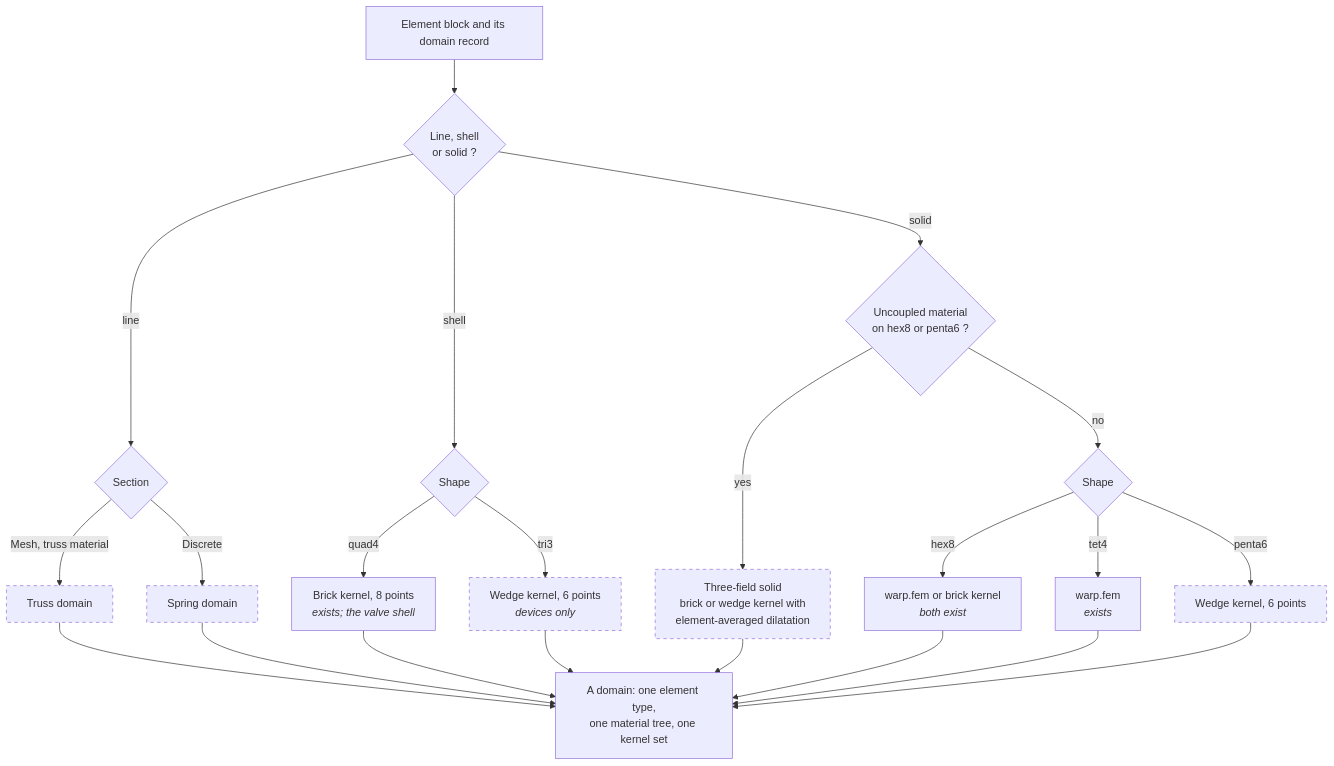
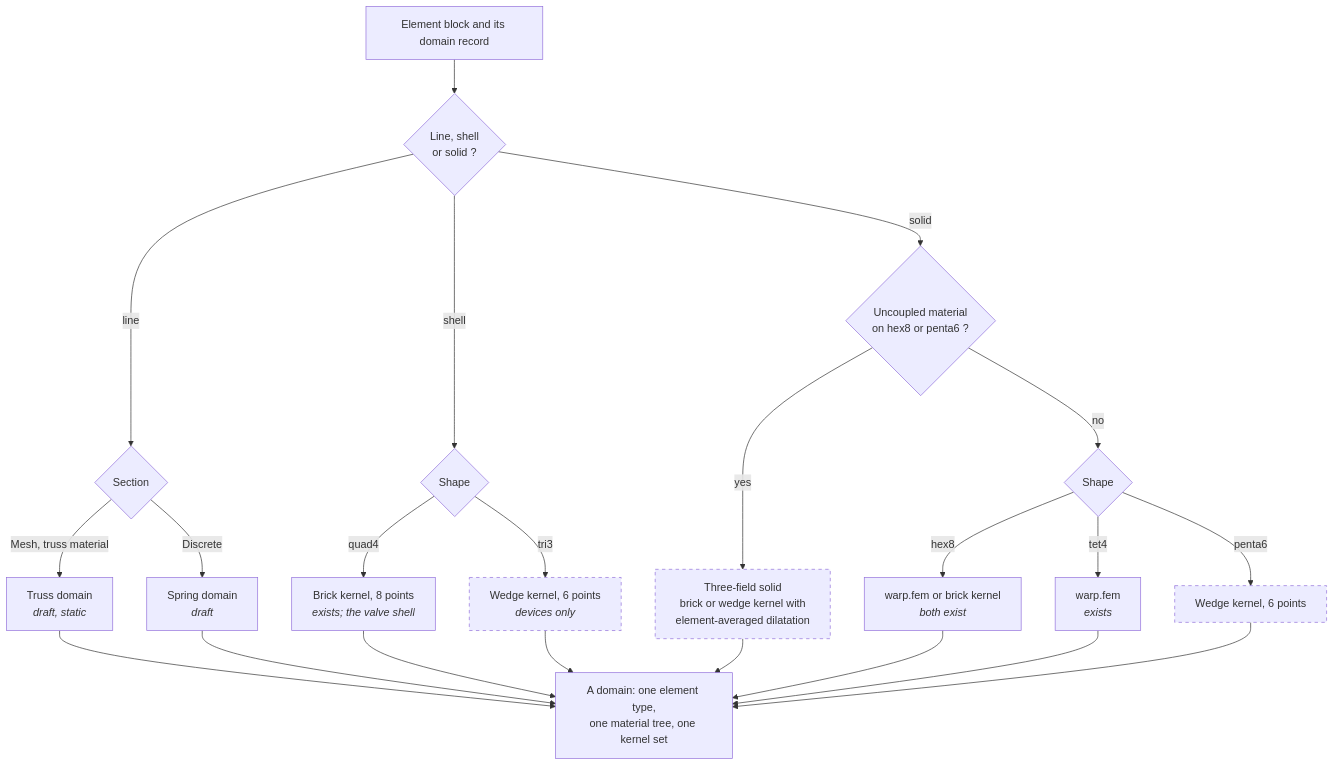
The diagram in docs/design/elements.md (JolleyLab/FEBio-Warp-Python), drawn with Mermaid before and after one commit. The commit also changed other lines of this file and 6 other files, not shown here.

````diff
--- a/docs/design/elements.md
+++ b/docs/design/elements.md
@@ -30,23 +30,23 @@
 ```mermaid
 flowchart TB
     block["Element block and its domain record"] --> kind{"Line, shell<br/>or solid ?"}
 
     kind -- line --> lk{"Section"}
-    lk -- "Mesh, truss material" --> tr["Truss domain"]:::todo
-    lk -- "Discrete" --> sp["Spring domain"]:::todo
+    lk -- "Mesh, truss material" --> tr["Truss domain<br/><i>draft, static</i>"]
+    lk -- "Discrete" --> sp["Spring domain<br/><i>draft</i>"]
 
     kind -- shell --> sshape{"Shape"}
     sshape -- quad4 --> q4["Brick kernel, 8 points<br/><i>exists; the valve shell</i>"]
     sshape -- tri3 --> t3["Wedge kernel, 6 points<br/><i>devices only</i>"]:::todo
 
     kind -- solid --> unc{"Uncoupled material<br/>on hex8 or penta6 ?"}
     unc -- yes --> tf["Three-field solid<br/>brick or wedge kernel with<br/>element-averaged dilatation"]:::todo
     unc -- no --> shape{"Shape"}
     shape -- hex8 --> h8["warp.fem or brick kernel<br/><i>both exist</i>"]
     shape -- tet4 --> t4["warp.fem<br/><i>exists</i>"]
     shape -- penta6 --> p6["Wedge kernel, 6 points"]:::todo
 
     tr & sp & q4 & t3 & tf & h8 & t4 & p6 --> term["A domain: one element type,<br/>one material tree, one kernel set"]
 
     classDef todo stroke-dasharray: 5 5
 ```
````
